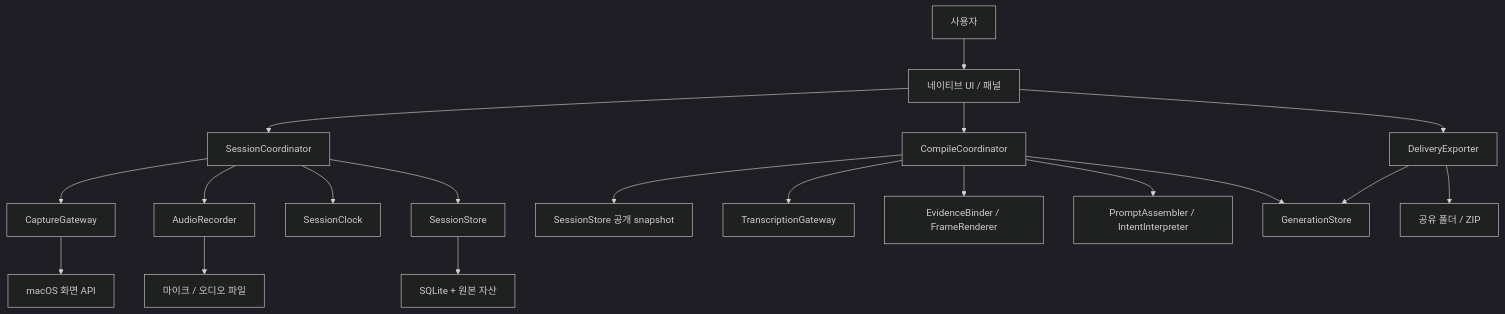
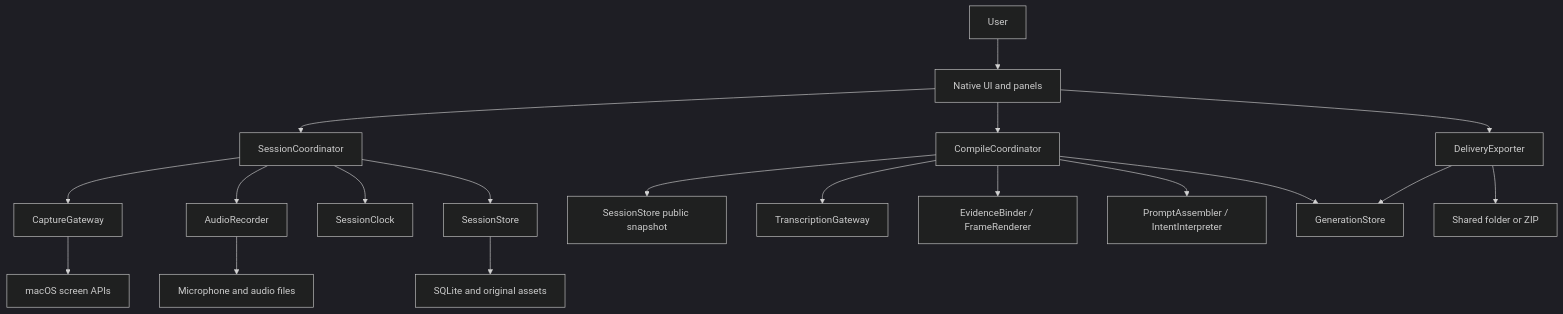
One commit to ryujt/cuevia changed the diagram in docs/design/20261031-093004/to-be/system-design-to-be.md. Above: the diagram before and after it, drawn with Mermaid (dark theme). The commit also changed other lines of this file and 8 other files, not shown here.

````diff
--- a/docs/design/20261031-093004/to-be/system-design-to-be.md
+++ b/docs/design/20261031-093004/to-be/system-design-to-be.md
@@ -81,21 +81,21 @@
 ```mermaid
 flowchart TB
-  User[사용자] --> UI[네이티브 UI / 패널]
+  User[User] --> UI[Native UI and panels]
   UI --> SC[SessionCoordinator]
   SC --> CAP[CaptureGateway]
   SC --> AUD[AudioRecorder]
   SC --> CLK[SessionClock]
   SC --> STORE[SessionStore]
-  CAP --> OS[macOS 화면 API]
-  AUD --> MIC[마이크 / 오디오 파일]
-  STORE --> LOCAL[SQLite + 원본 자산]
+  CAP --> OS[macOS screen APIs]
+  AUD --> MIC[Microphone and audio files]
+  STORE --> LOCAL[SQLite and original assets]
   UI --> CC[CompileCoordinator]
-  CC --> SNAP[SessionStore 공개 snapshot]
+  CC --> SNAP[SessionStore public snapshot]
   CC --> STT[TranscriptionGateway]
   CC --> BIND[EvidenceBinder / FrameRenderer]
   CC --> PROMPT[PromptAssembler / IntentInterpreter]
   CC --> GEN[GenerationStore]
   UI --> EXP[DeliveryExporter]
   EXP --> GEN
-  EXP --> BUNDLE[공유 폴더 / ZIP]
+  EXP --> BUNDLE[Shared folder or ZIP]
 ```
````
